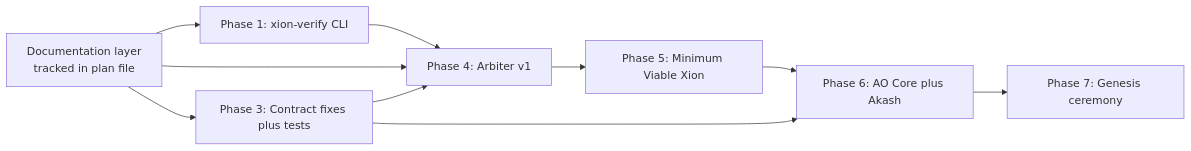
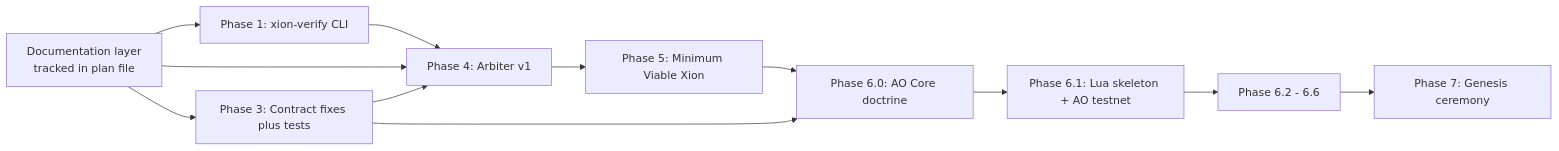
The first of 2 diagrams in DEVELOPMENT_ROADMAP.md (nik190799/xion), drawn with Mermaid before and after one commit. The commit also changed other lines of this file and 39 other files, not shown here.

First line of the commit message:
Phase 6.0: AO Core Doctrine + Handler Set Specification

````diff
--- a/DEVELOPMENT_ROADMAP.md
+++ b/DEVELOPMENT_ROADMAP.md
@@ -28,12 +28,14 @@
 ```mermaid
 flowchart LR
   DOCS[Documentation layer<br/>tracked in plan file] --> P1[Phase 1: xion-verify CLI]
   DOCS --> P3[Phase 3: Contract fixes plus tests]
   P1 --> P4[Phase 4: Arbiter v1]
   DOCS --> P4
   P3 --> P4
   P4 --> P5[Phase 5: Minimum Viable Xion]
-  P5 --> P6[Phase 6: AO Core plus Akash]
-  P3 --> P6
-  P6 --> P7[Phase 7: Genesis ceremony]
+  P5 --> P6_0[Phase 6.0: AO Core doctrine]
+  P6_0 --> P6_1[Phase 6.1: Lua skeleton + AO testnet]
+  P6_1 --> P6_X[Phase 6.2 - 6.6]
+  P3 --> P6_0
+  P6_X --> P7[Phase 7: Genesis ceremony]
 ```
````
